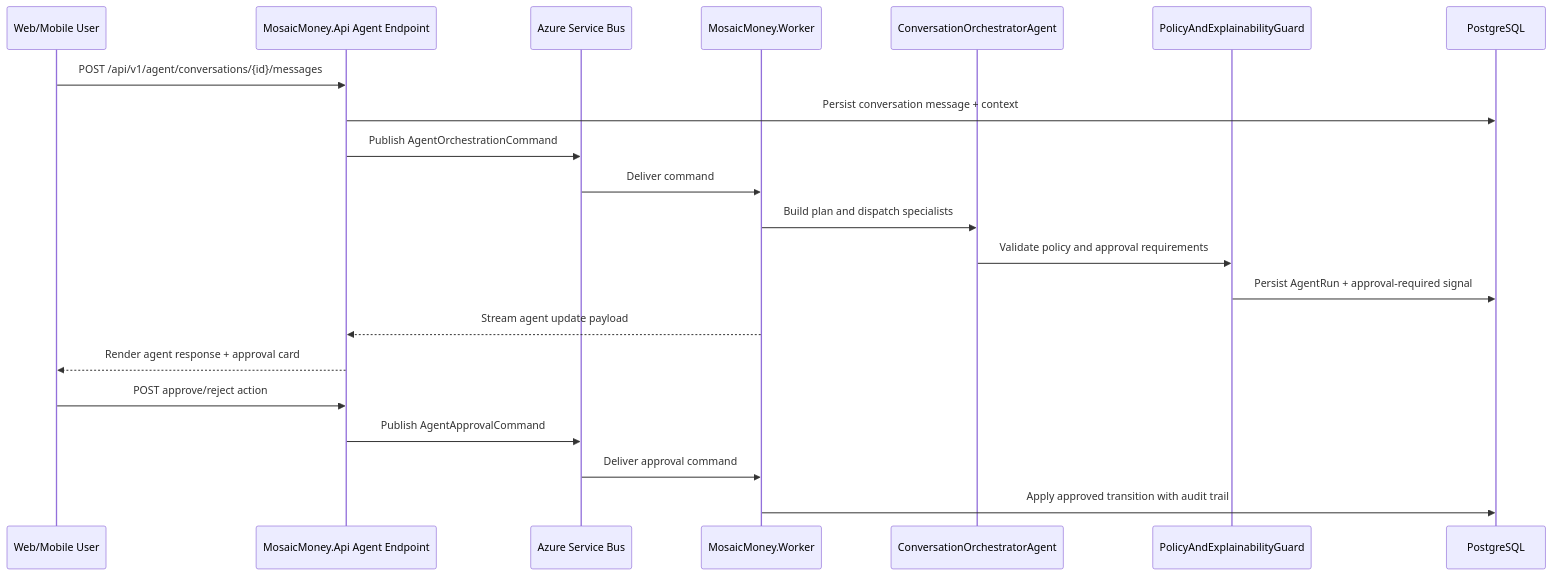
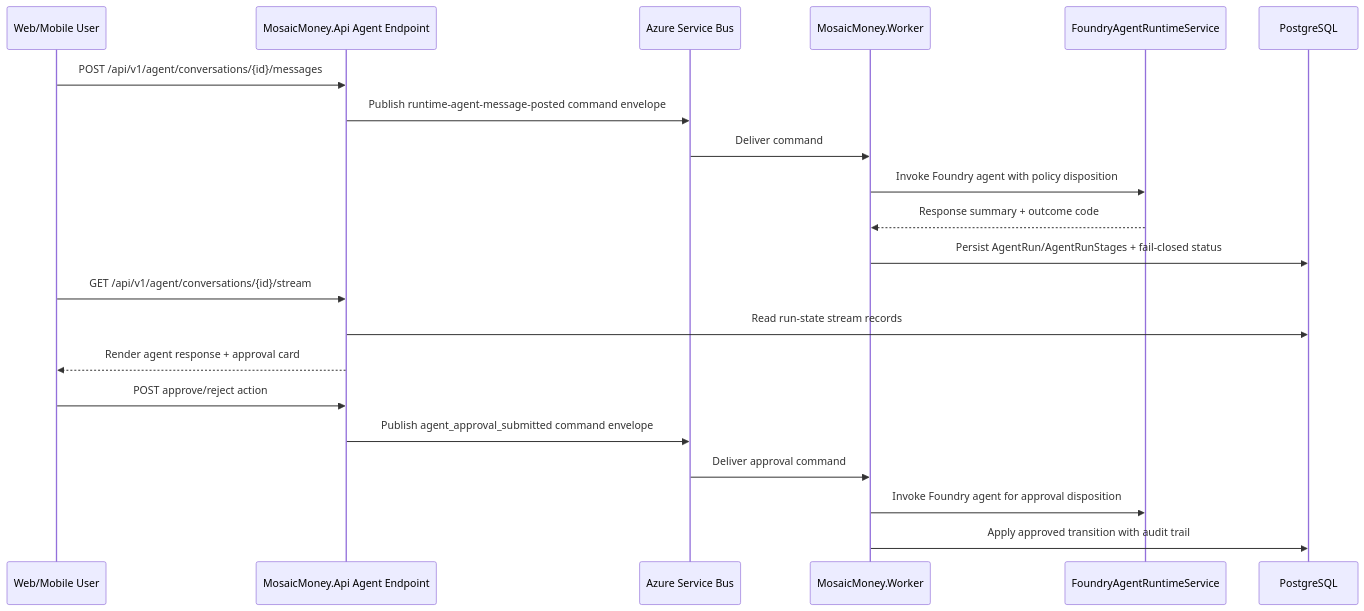
The second of 2 diagrams in docs/architecture/multi-agent-orchestration-sequences.md (ChrisMcKee1/Mosaic-Money), drawn with Mermaid before and after one commit. The commit also changed other lines of this file and 64 other files, not shown here.

First line of the commit message:
feat(api): refactor transaction endpoints to use ITransactionAccessQueryService for access control and transaction retrieval

````diff
--- a/docs/architecture/multi-agent-orchestration-sequences.md
+++ b/docs/architecture/multi-agent-orchestration-sequences.md
@@ -32,24 +24,24 @@
 ```mermaid
 sequenceDiagram
     participant User as Web/Mobile User
     participant API as MosaicMoney.Api Agent Endpoint
     participant SB as Azure Service Bus
     participant Worker as MosaicMoney.Worker
-    participant Orch as ConversationOrchestratorAgent
-    participant Guard as PolicyAndExplainabilityGuard
+    participant Foundry as FoundryAgentRuntimeService
     participant DB as PostgreSQL
 
     User->>API: POST /api/v1/agent/conversations/{id}/messages
-    API->>DB: Persist conversation message + context
-    API->>SB: Publish AgentOrchestrationCommand
+    API->>SB: Publish runtime-agent-message-posted command envelope
     SB->>Worker: Deliver command
-    Worker->>Orch: Build plan and dispatch specialists
-    Orch->>Guard: Validate policy and approval requirements
-    Guard->>DB: Persist AgentRun + approval-required signal
-    Worker-->>API: Stream agent update payload
+    Worker->>Foundry: Invoke Foundry agent with policy disposition
+    Foundry-->>Worker: Response summary + outcome code
+    Worker->>DB: Persist AgentRun/AgentRunStages + fail-closed status
+    User->>API: GET /api/v1/agent/conversations/{id}/stream
+    API->>DB: Read run-state stream records
     API-->>User: Render agent response + approval card
     User->>API: POST approve/reject action
-    API->>SB: Publish AgentApprovalCommand
+    API->>SB: Publish agent_approval_submitted command envelope
     SB->>Worker: Deliver approval command
+    Worker->>Foundry: Invoke Foundry agent for approval disposition
     Worker->>DB: Apply approved transition with audit trail
 ```
````
